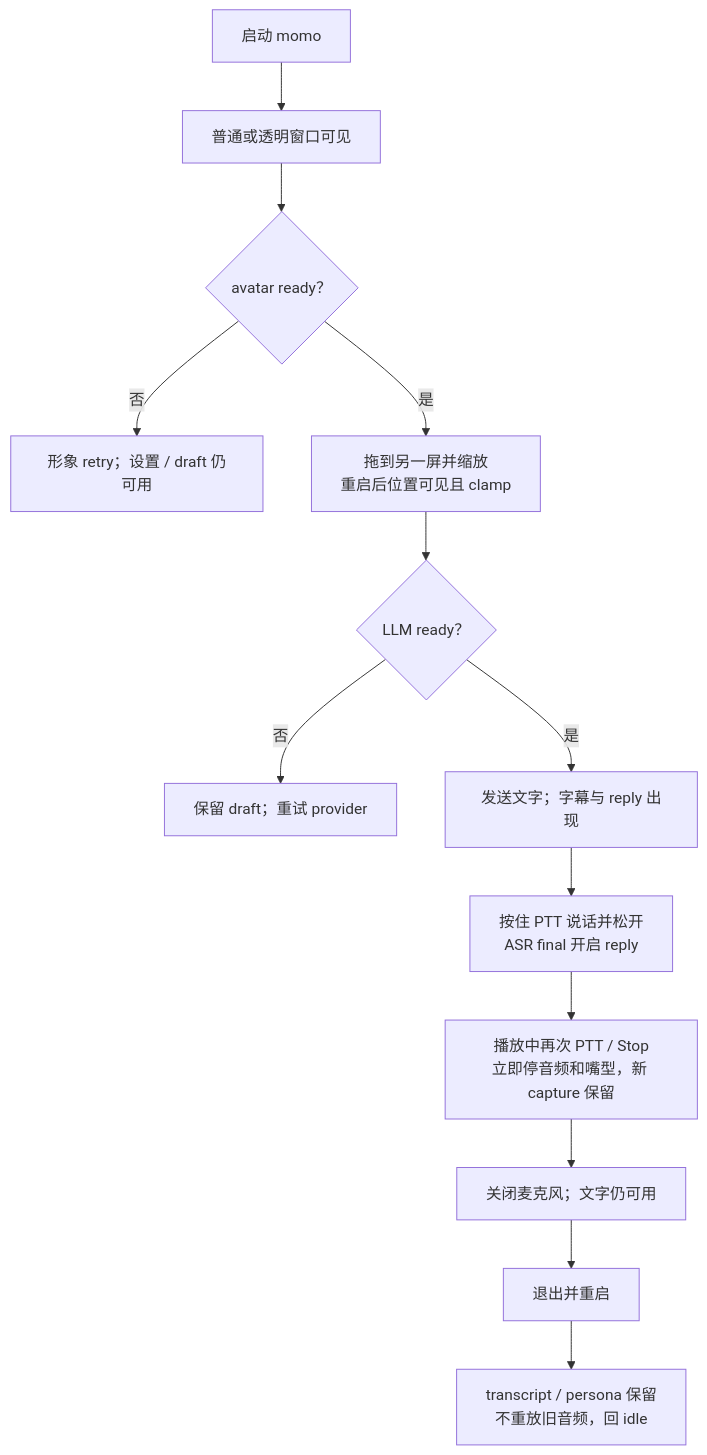
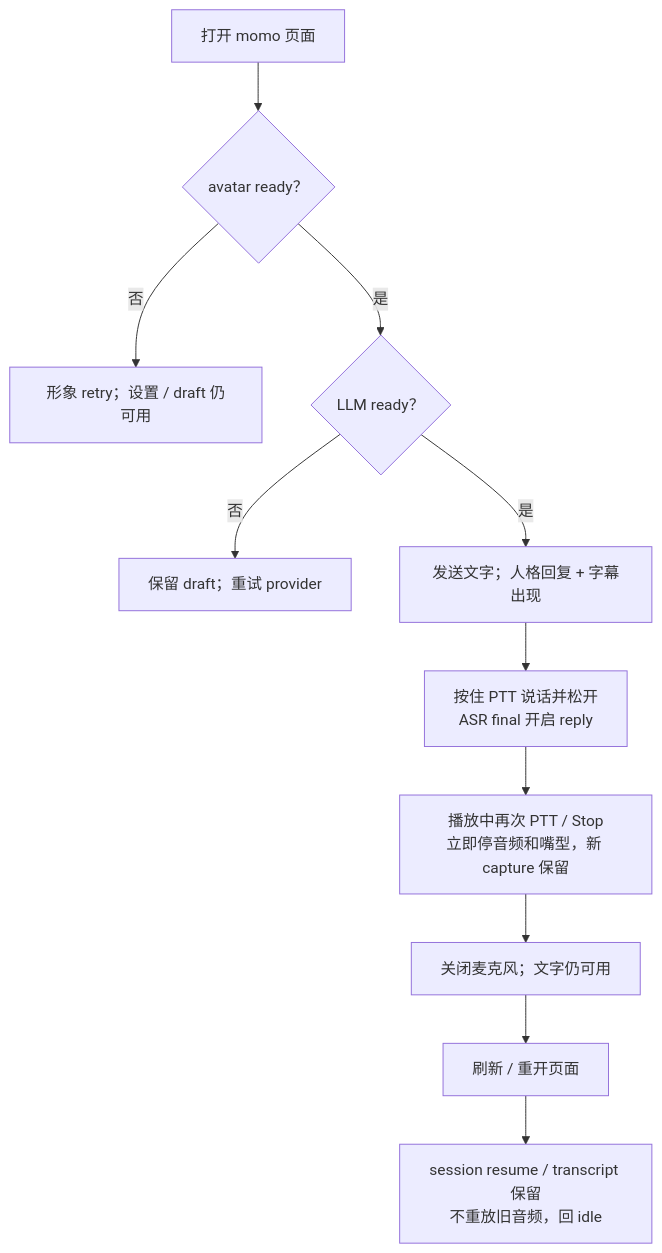
The diagram in docs/03-features/pipeline.md (Momoyeyu/momo), drawn with Mermaid before and after one commit. The commit also changed other lines of this file and 18 other files, not shown here.

````diff
--- a/docs/03-features/pipeline.md
+++ b/docs/03-features/pipeline.md
@@ -21,15 +24,13 @@
 ```mermaid
 flowchart TD
-    START["启动 momo"] --> SHELL["普通或透明窗口可见"]
-    SHELL --> AVATAR{"avatar ready？"}
+    START["打开 momo 页面"] --> AVATAR{"avatar ready？"}
     AVATAR -->|"否"| RETRY["形象 retry；设置 / draft 仍可用"]
-    AVATAR -->|"是"| DRAG["拖到另一屏并缩放<br/>重启后位置可见且 clamp"]
-    DRAG --> LLM{"LLM ready？"}
+    AVATAR -->|"是"| LLM{"LLM ready？"}
     LLM -->|"否"| DRAFT["保留 draft；重试 provider"]
-    LLM -->|"是"| TEXT["发送文字；字幕与 reply 出现"]
+    LLM -->|"是"| TEXT["发送文字；人格回复 + 字幕出现"]
     TEXT --> VOICE["按住 PTT 说话并松开<br/>ASR final 开启 reply"]
     VOICE --> INTERRUPT["播放中再次 PTT / Stop<br/>立即停音频和嘴型，新 capture 保留"]
     INTERRUPT --> MUTE["关闭麦克风；文字仍可用"]
-    MUTE --> RESTART["退出并重启"]
-    RESTART --> VERIFY["transcript / persona 保留<br/>不重放旧音频，回 idle"]
+    MUTE --> RESTART["刷新 / 重开页面"]
+    RESTART --> VERIFY["session resume / transcript 保留<br/>不重放旧音频，回 idle"]
 ```
````
